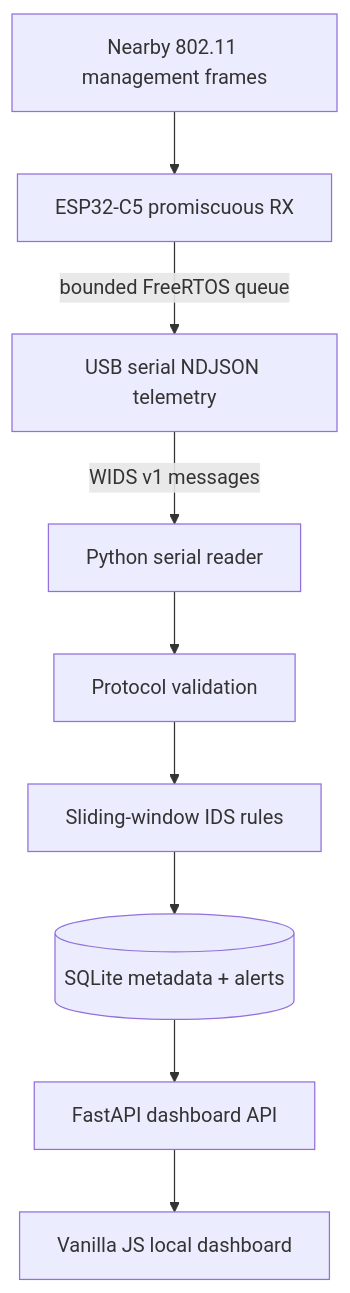
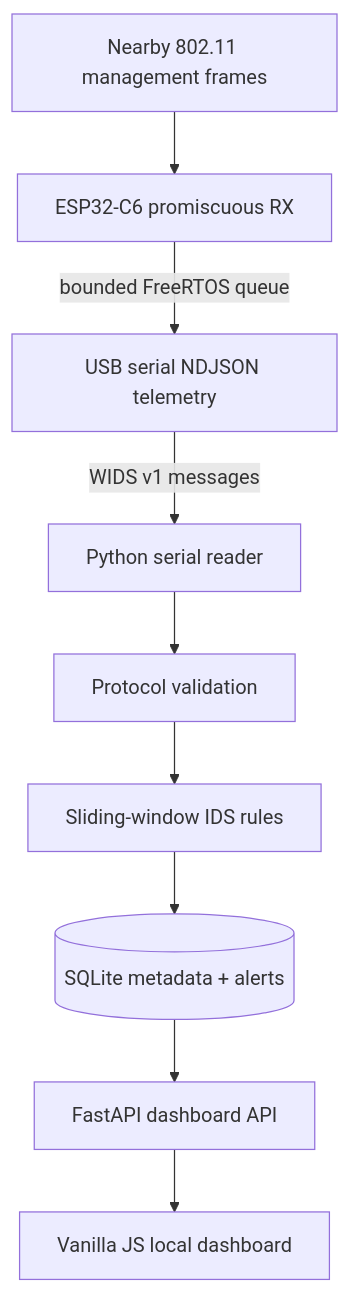
One commit to PurpleSentinel/WiFi-Sentinel changed the diagram in README.md. Above: the diagram before and after it, drawn with Mermaid. The commit also changed other lines of this file and 31 other files, not shown here.

````diff
--- a/README.md
+++ b/README.md
@@ -67,11 +68,11 @@
 ```mermaid
 flowchart TD
-  RF[Nearby 802.11 management frames] --> C5[ESP32-C5 promiscuous RX]
-  C5 -->|bounded FreeRTOS queue| EXPORT[USB serial NDJSON telemetry]
+  RF[Nearby 802.11 management frames] --> SENSOR[ESP32-C6 promiscuous RX]
+  SENSOR -->|bounded FreeRTOS queue| EXPORT[USB serial NDJSON telemetry]
   EXPORT -->|WIDS v1 messages| READ[Python serial reader]
   READ --> VALIDATE[Protocol validation]
   VALIDATE --> DETECT[Sliding-window IDS rules]
   DETECT --> DB[(SQLite metadata + alerts)]
   DB --> API[FastAPI dashboard API]
   API --> UI[Vanilla JS local dashboard]
 ```
````
